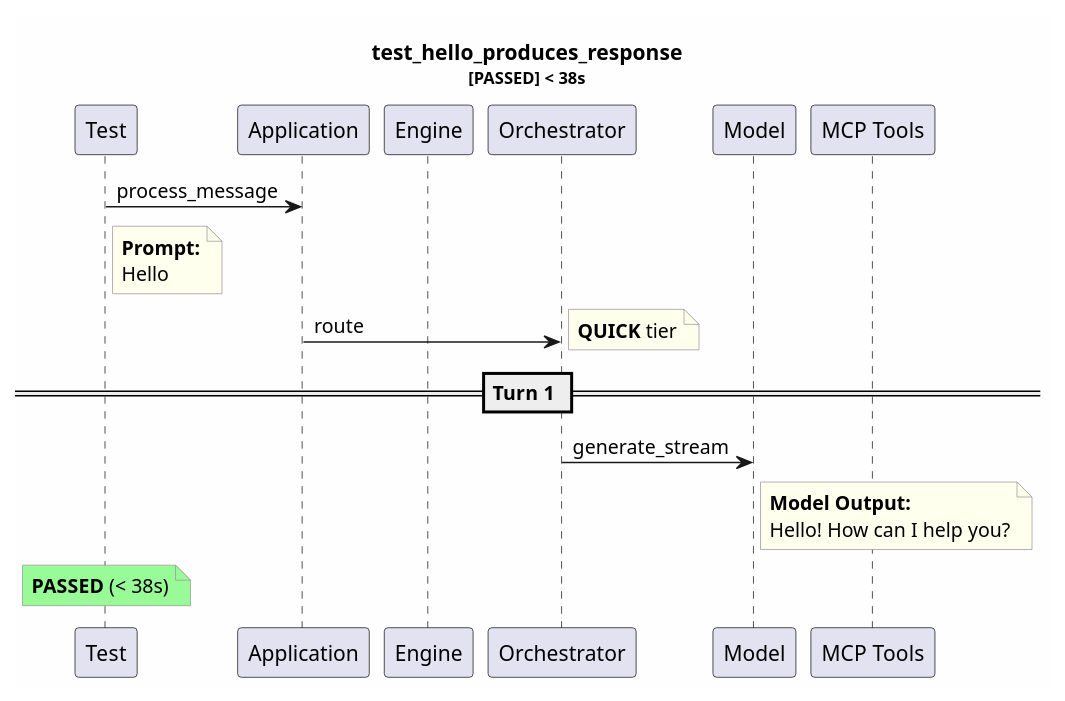
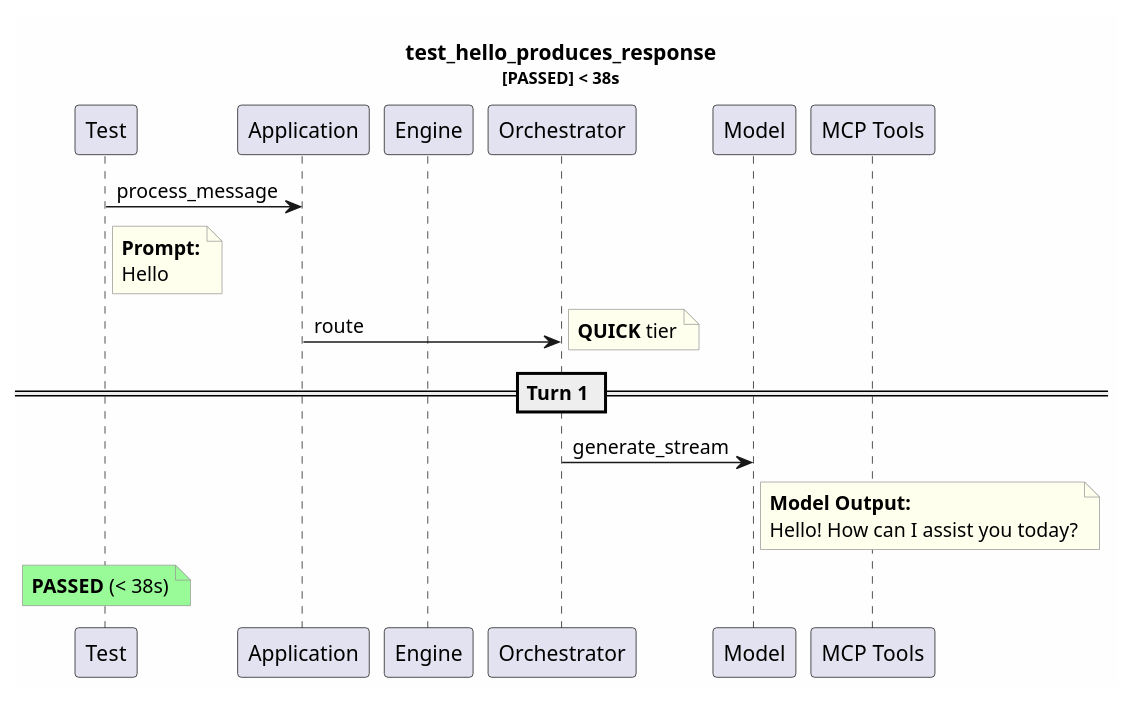
Before and after one commit to tvanfossen/entropic: the diagram in test-reports/logs/test_hello_produces_response/test_hello_produces_response.puml, drawn with PlantUML. The commit also changed 15 other files, not shown here.

```diff
--- a/test-reports/logs/test_hello_produces_response/test_hello_produces_response.puml
+++ b/test-reports/logs/test_hello_produces_response/test_hello_produces_response.puml
@@ -1,31 +1,31 @@
 @startuml
 skinparam backgroundColor #FEFEFE
 skinparam noteBorderColor #999999
 skinparam noteBackgroundColor #FFFFEE
 title test_hello_produces_response\n<size:11>[PASSED] < 38s</size>
 
 participant "Test" as T
 participant "Application" as App
 participant "Engine" as Eng
 participant "Orchestrator" as Orch
 participant "Model" as Mdl
 participant "MCP Tools" as MCP
 
 T -> App: process_message
 note right of T
   **Prompt:**
   Hello
 end note
 App -> Orch: route
 note right: **QUICK** tier
 == Turn 1 ==
 Orch -> Mdl: generate_stream
 note right of Mdl
   **Model Output:**
-  Hello! How can I help you?
+  Hello! How can I assist you today?
 end note
 note over T #palegreen
   **PASSED** (< 38s)
 end note
 
 @enduml
```
